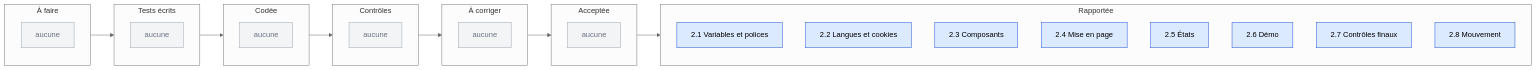
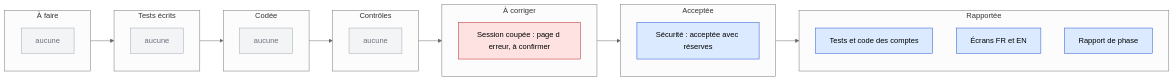
One commit to lyon32/lyonpanel changed the second of 5 diagrams in docs/reports/TABLEAU-DE-BORD.md. Above: the diagram before and after it, drawn with Mermaid (neutral theme). The commit also changed other lines of this file and 223 other files, not shown here.

First line of the commit message:
feat: Phase 3 — comptes (inscription, connexion, mot de passe oublié) (#7)

````diff
--- a/docs/reports/TABLEAU-DE-BORD.md
+++ b/docs/reports/TABLEAU-DE-BORD.md
@@ -36,43 +37,41 @@
 ```mermaid
 flowchart LR
   subgraph A["À faire"]
     direction TB
     a0["aucune"]
   end
   subgraph B["Tests écrits"]
     direction TB
     b0["aucune"]
   end
   subgraph C["Codée"]
     direction TB
     c0["aucune"]
   end
   subgraph D["Contrôles"]
     direction TB
     d0["aucune"]
   end
   subgraph E["À corriger"]
     direction TB
-    e0["aucune"]
+    e1["Session coupée : page d erreur, à confirmer"]
   end
   subgraph F["Acceptée"]
     direction TB
-    f0["aucune"]
+    f1["Sécurité : acceptée avec réserves"]
   end
   subgraph G["Rapportée"]
     direction TB
-    g1["2.1 Variables et polices"]
-    g2["2.2 Langues et cookies"]
-    g3["2.3 Composants"]
-    g4["2.4 Mise en page"]
-    g5["2.5 États"]
-    g6["2.6 Démo"]
-    g7["2.7 Contrôles finaux"]
-    g8["2.8 Mouvement"]
+    g1["Tests et code des comptes"]
+    g2["Écrans FR et EN"]
+    g3["Rapport de phase"]
   end
   A --> B --> C --> D --> E --> F --> G
   classDef fait fill:#DBEAFE,stroke:#1D4ED8,color:#000
+  classDef encours fill:#FEF3C7,stroke:#B45309,color:#000
+  classDef bloque fill:#FEE2E2,stroke:#B91C1C,color:#000
   classDef vide fill:#F3F4F6,stroke:#9CA3AF,color:#6B7280
-  class g1,g2,g3,g4,g5,g6,g7,g8 fait
-  class a0,b0,c0,d0,e0,f0 vide
+  class g1,g2,g3,f1 fait
+  class e1 bloque
+  class a0,b0,c0,d0 vide
 ```
````
